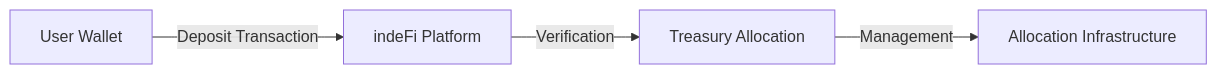
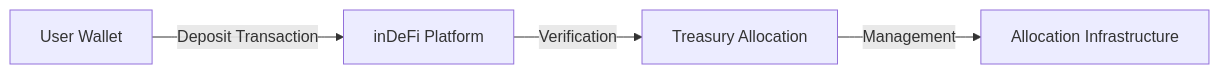
One commit to itindefi/mintlify-docs changed the first of 2 diagrams in security/custody.mdx. Above: the diagram before and after it, drawn with Mermaid. The commit also changed other lines of this file and 11 other files, not shown here.

````diff
--- a/security/custody.mdx
+++ b/security/custody.mdx
@@ -14,6 +14,6 @@
 ```mermaid
 flowchart LR
-    A[User Wallet] -->|Deposit Transaction| B[indeFi Platform]
+    A[User Wallet] -->|Deposit Transaction| B[inDeFi Platform]
     B -->|Verification| C[Treasury Allocation]
     C -->|Management| D[Allocation Infrastructure]
 ```
````
